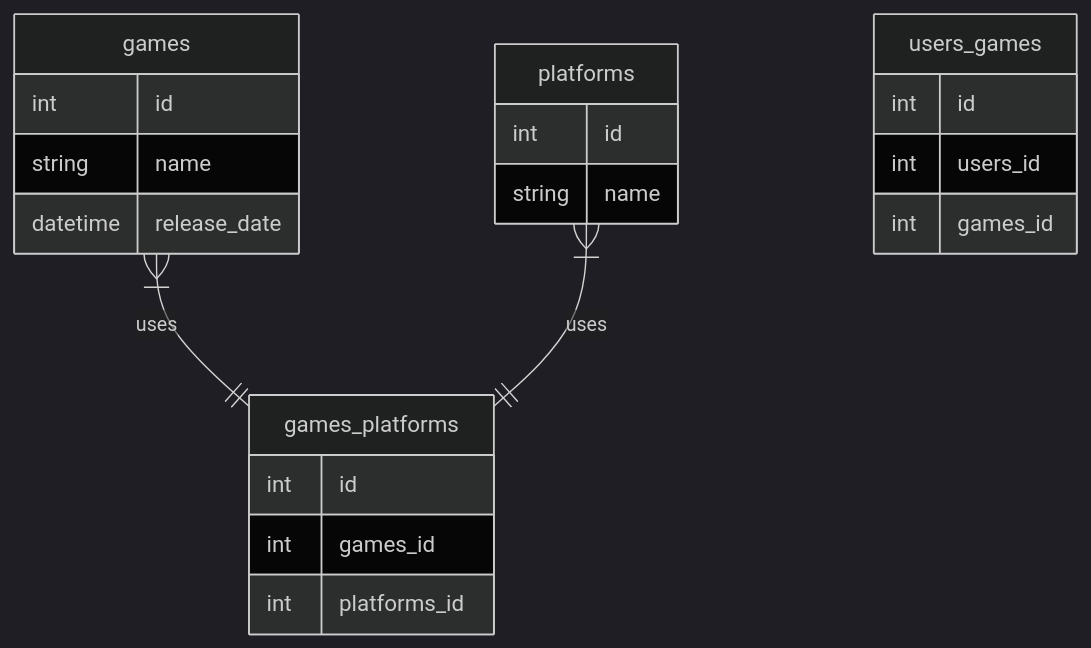
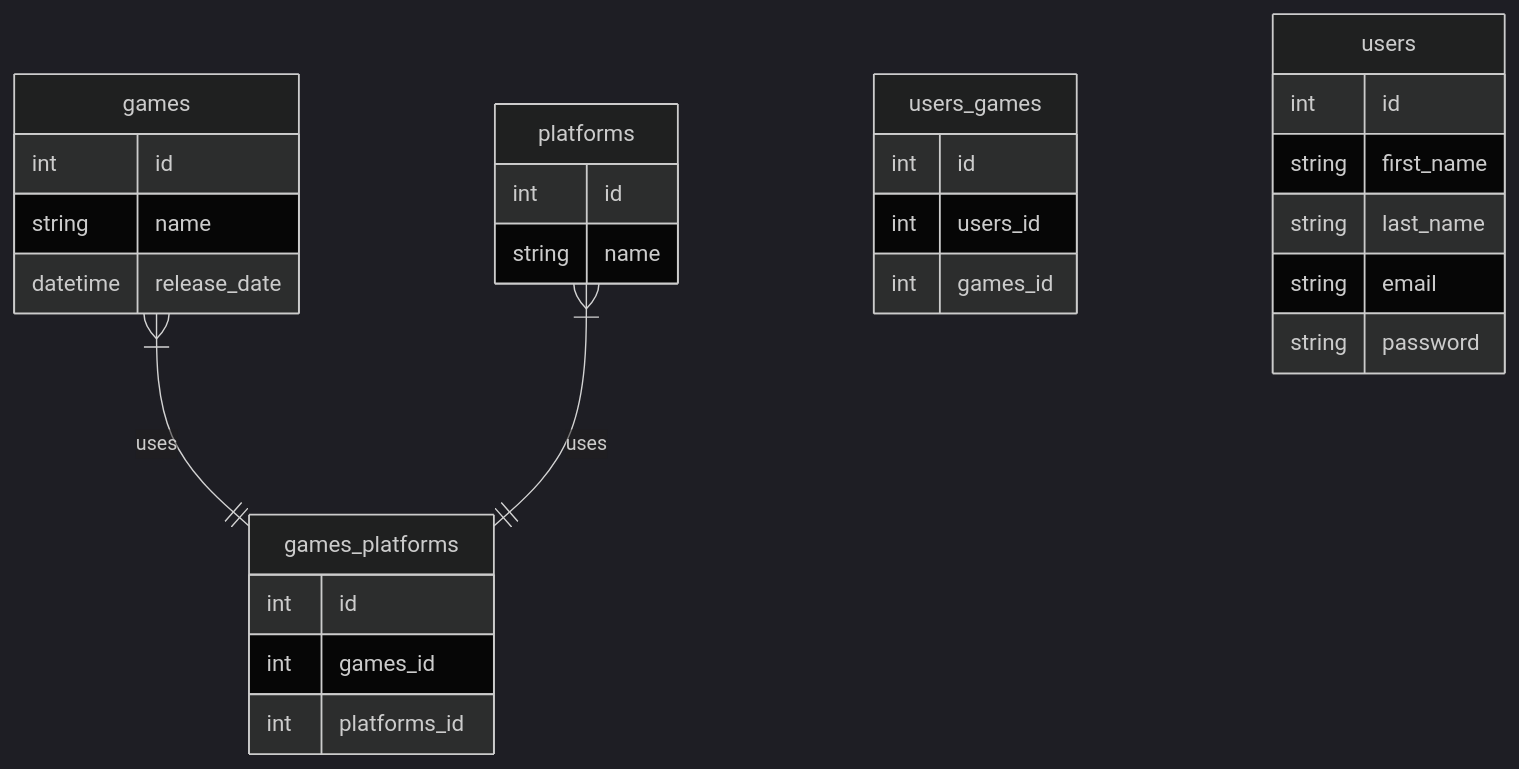
One commit to Haikira/VGLogger changed the second of 2 diagrams in README.md. Above: the diagram before and after it, drawn with Mermaid.

````diff
--- a/README.md
+++ b/README.md
@@ -39,29 +39,36 @@
 ``` mermaid
 %%{init: {'theme': 'dark' } }%%
 
 erDiagram
 
         games {
                 int id
                 string name
                 datetime release_date
         }
         platforms {
                 int id
                 string name                
         }
         games_platforms {
                 int id
                 int games_id
                 int platforms_id
         }
         users_games {
                 int id
                 int users_id
                 int games_id
         }
+        users {
+                int id
+                string first_name
+                string last_name
+                string email
+                string password
+        }
         
         games }|--|| games_platforms: "uses"
         platforms }|--|| games_platforms: "uses"
 
 ```
````
